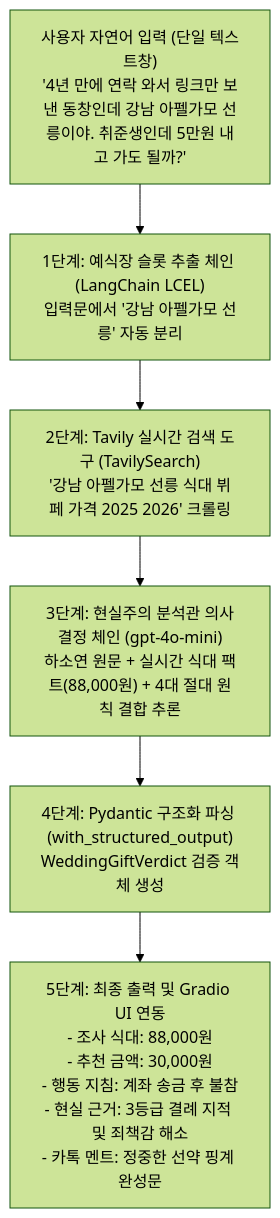
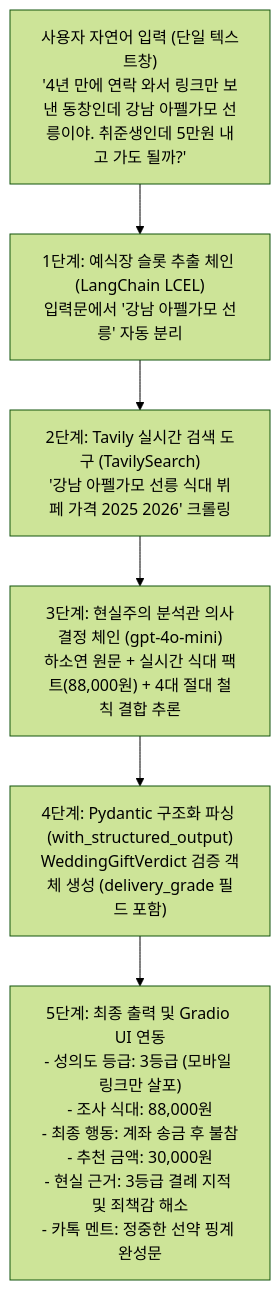
The diagram in README.md (rntqkdl/skala-ai-service), drawn with Mermaid (forest theme) before and after one commit. The commit also changed other lines of this file and 2 other files, not shown here.

Commit message:
feat: 청첩장 성의도 3대 등급 체계 및 단일 텍스트 UI 반영

````diff
--- a/README.md
+++ b/README.md
@@ -75,13 +82,13 @@
 ```mermaid
 flowchart TD
     A["사용자 자연어 입력 (단일 텍스트창)<br>'4년 만에 연락 와서 링크만 보낸 동창인데 강남 아펠가모 선릉이야. 취준생인데 5만원 내고 가도 될까?'"] 
     --> B["1단계: 예식장 슬롯 추출 체인 (LangChain LCEL)<br>입력문에서 '강남 아펠가모 선릉' 자동 분리"]
     
     B --> C["2단계: Tavily 실시간 검색 도구 (TavilySearch)<br>'강남 아펠가모 선릉 식대 뷔페 가격 2025 2026' 크롤링"]
     
-    C --> D["3단계: 현실주의 분석관 의사결정 체인 (gpt-4o-mini)<br>하소연 원문 + 실시간 식대 팩트(88,000원) + 4대 절대 원칙 결합 추론"]
+    C --> D["3단계: 현실주의 분석관 의사결정 체인 (gpt-4o-mini)<br>하소연 원문 + 실시간 식대 팩트(88,000원) + 4대 절대 철칙 결합 추론"]
     
-    D --> E["4단계: Pydantic 구조화 파싱 (with_structured_output)<br>WeddingGiftVerdict 검증 객체 생성"]
+    D --> E["4단계: Pydantic 구조화 파싱 (with_structured_output)<br>WeddingGiftVerdict 검증 객체 생성 (delivery_grade 필드 포함)"]
     
-    E --> F["5단계: 최종 출력 및 Gradio UI 연동<br>- 조사 식대: 88,000원<br>- 추천 금액: 30,000원<br>- 행동 지침: 계좌 송금 후 불참<br>- 현실 근거: 3등급 결례 지적 및 죄책감 해소<br>- 카톡 멘트: 정중한 선약 핑계 완성문"]
+    E --> F["5단계: 최종 출력 및 Gradio UI 연동<br>- 성의도 등급: 3등급 (모바일 링크만 살포)<br>- 조사 식대: 88,000원<br>- 최종 행동: 계좌 송금 후 불참<br>- 추천 금액: 30,000원<br>- 현실 근거: 3등급 결례 지적 및 죄책감 해소<br>- 카톡 멘트: 정중한 선약 핑계 완성문"]
 ```
````
